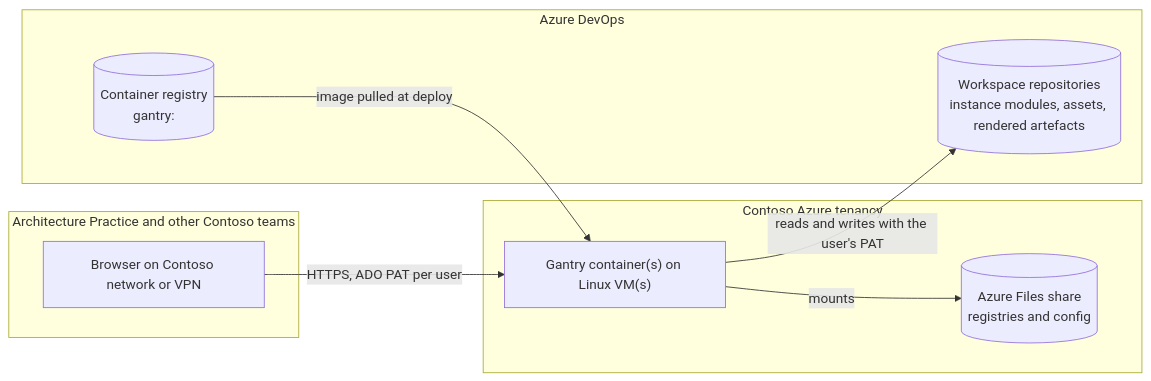
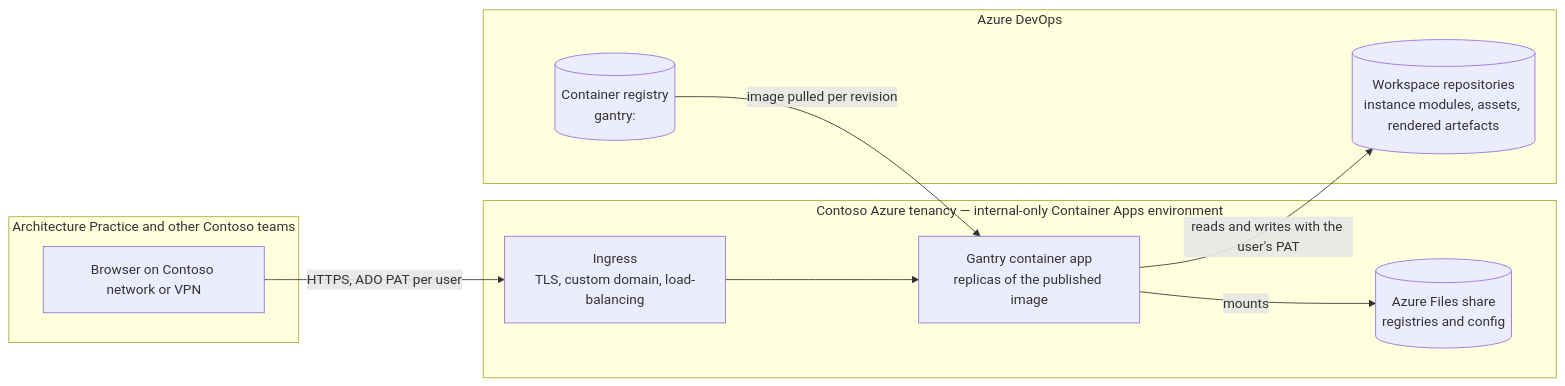
The diagram in instances/gantry/modules/introduction.md (cgbarlow/gantry), drawn with Mermaid before and after one commit. The commit also changed other lines of this file and 11 other files, not shown here.

First line of the commit message:
Revise the gantry hosting SOAP to Azure Container Apps (WI #354); 0.3.1-beta

````diff
--- a/instances/gantry/modules/introduction.md
+++ b/instances/gantry/modules/introduction.md
@@ -14,18 +16,20 @@
 ```mermaid
 flowchart LR
   subgraph Users["Architecture Practice and other Contoso teams"]
     B[Browser on Contoso network or VPN]
   end
-  subgraph Azure["Contoso Azure tenancy"]
-    G["Gantry container(s) on Linux VM(s)"]
+  subgraph Azure["Contoso Azure tenancy — internal-only Container Apps environment"]
+    I["Ingress\nTLS, custom domain, load-balancing"]
+    G["Gantry container app\nreplicas of the published image"]
     S[("Azure Files share\nregistries and config")]
+    I --> G
+    G -- mounts --> S
   end
   subgraph ADO["Azure DevOps"]
     W[("Workspace repositories\ninstance modules, assets, rendered artefacts")]
     R[("Container registry\ngantry:<version>")]
   end
-  B -- HTTPS, ADO PAT per user --> G
-  G -- mounts --> S
+  B -- HTTPS, ADO PAT per user --> I
   G -- reads and writes with the user's PAT --> W
-  R -- image pulled at deploy --> G
+  R -- image pulled per revision --> G
 ```
````
